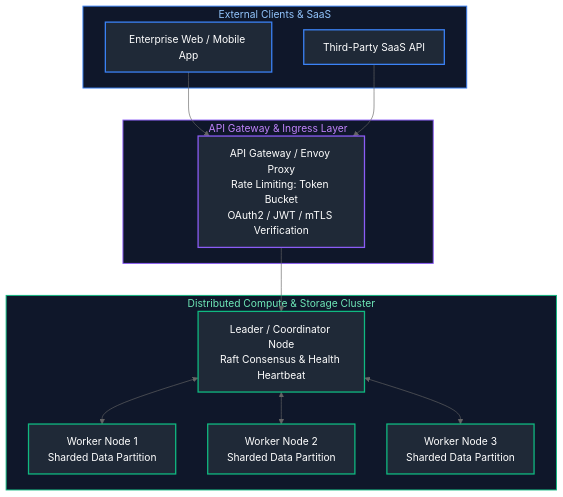
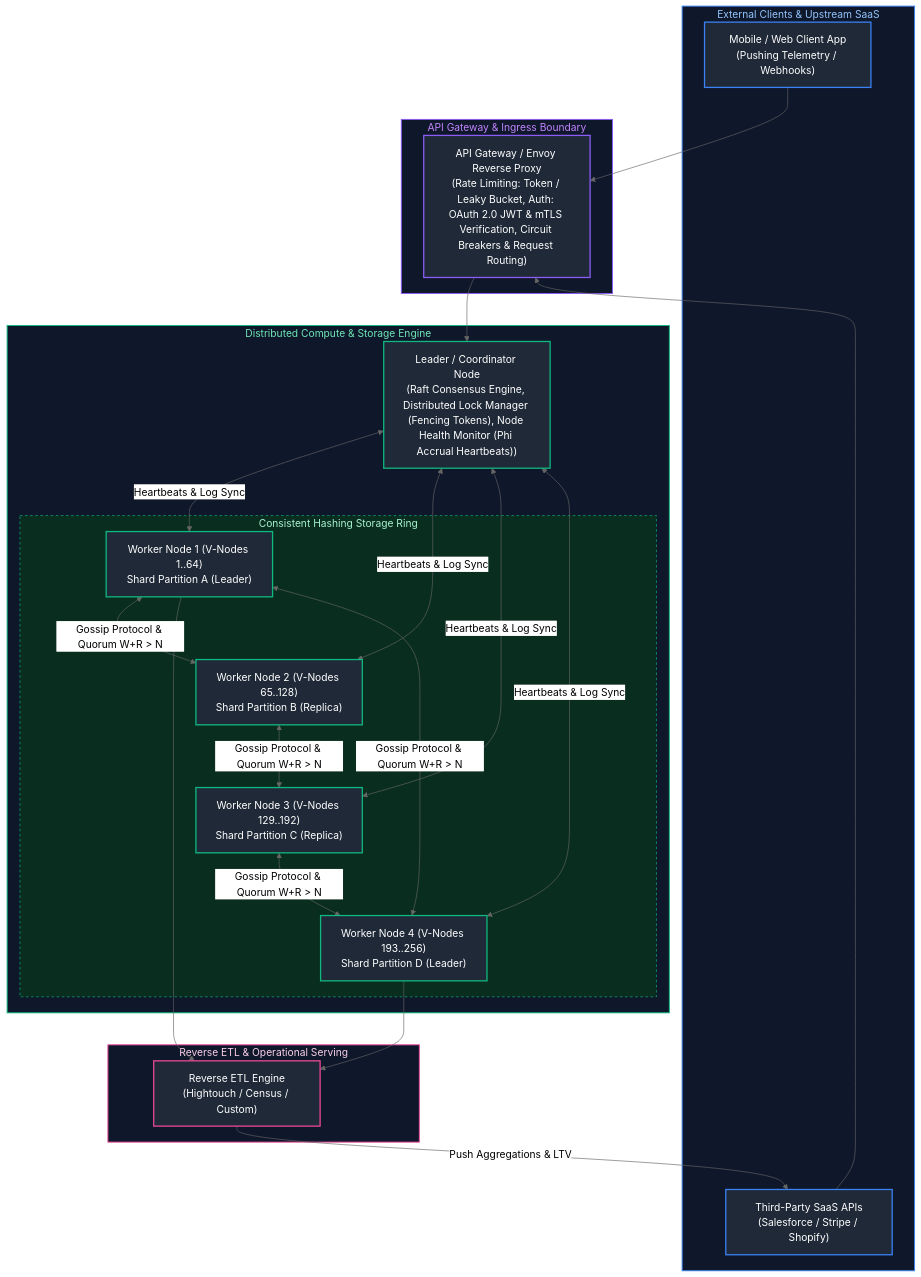
One commit to joydeep-biswas/Interview-Preparation changed the first of 19 diagrams in Data Engineering/05_distributed_systems_and_apis.md. Above: the diagram before and after it, drawn with Mermaid (neutral theme). The commit also changed other lines of this file and 143 other files, not shown here.

````diff
--- a/Data Engineering/05_distributed_systems_and_apis.md
+++ b/Data Engineering/05_distributed_systems_and_apis.md
@@ -9,38 +9,58 @@
 ```mermaid
 flowchart TD
-    subgraph ClientsLayer ["External Clients & SaaS"]
-        ClientApp[Enterprise Web / Mobile App]
-        SaaSSource[Third-Party SaaS API]
+    subgraph ClientsLayer ["External Clients & Upstream SaaS"]
+        ClientApp["Mobile / Web Client App<br/>(Pushing Telemetry / Webhooks)"]
+        SaaSSource["Third-Party SaaS APIs<br/>(Salesforce / Stripe / Shopify)"]
     end
 
-    subgraph GatewayLayer ["API Gateway & Ingress Layer"]
-        Gateway["API Gateway / Envoy Proxy<br/>Rate Limiting: Token Bucket<br/>OAuth2 / JWT / mTLS Verification"]
+    subgraph GatewayLayer ["API Gateway & Ingress Boundary"]
+        Gateway["API Gateway / Envoy Reverse Proxy<br/>(Rate Limiting: Token / Leaky Bucket, Auth: OAuth 2.0 JWT & mTLS Verification, Circuit Breakers & Request Routing)"]
+        ClientApp --> Gateway
+        SaaSSource --> Gateway
     end
 
-    subgraph ClusterLayer ["Distributed Compute & Storage Cluster"]
-        Coordinator["Leader / Coordinator Node<br/>Raft Consensus & Health Heartbeat"]
-        Worker1["Worker Node 1<br/>Sharded Data Partition"]
-        Worker2["Worker Node 2<br/>Sharded Data Partition"]
-        Worker3["Worker Node 3<br/>Sharded Data Partition"]
+    subgraph ClusterLayer ["Distributed Compute & Storage Engine"]
+        Coordinator["Leader / Coordinator Node<br/>(Raft Consensus Engine, Distributed Lock Manager (Fencing Tokens), Node Health Monitor (Phi Accrual Heartbeats))"]
         
-        Coordinator <--> Worker1
-        Coordinator <--> Worker2
-        Coordinator <--> Worker3
+        Gateway --> Coordinator
+        
+        subgraph StorageRing ["Consistent Hashing Storage Ring"]
+            Worker1["Worker Node 1 (V-Nodes 1..64)<br/>Shard Partition A (Leader)"]
+            Worker2["Worker Node 2 (V-Nodes 65..128)<br/>Shard Partition B (Replica)"]
+            Worker3["Worker Node 3 (V-Nodes 129..192)<br/>Shard Partition C (Replica)"]
+            Worker4["Worker Node 4 (V-Nodes 193..256)<br/>Shard Partition D (Leader)"]
+        end
+        
+        Coordinator <-->|Heartbeats & Log Sync| Worker1
+        Coordinator <-->|Heartbeats & Log Sync| Worker2
+        Coordinator <-->|Heartbeats & Log Sync| Worker3
+        Coordinator <-->|Heartbeats & Log Sync| Worker4
+        
+        Worker1 <-->|Gossip Protocol & Quorum W+R > N| Worker2
+        Worker2 <-->|Gossip Protocol & Quorum W+R > N| Worker3
+        Worker3 <-->|Gossip Protocol & Quorum W+R > N| Worker4
+        Worker4 <-->|Gossip Protocol & Quorum W+R > N| Worker1
     end
 
-    ClientApp --> Gateway
-    SaaSSource --> Gateway
-    Gateway --> Coordinator
+    subgraph ReverseETLLayer ["Reverse ETL & Operational Serving"]
+        RevETL["Reverse ETL Engine<br/>(Hightouch / Census / Custom)"]
+        Worker1 & Worker4 --> RevETL
+        RevETL -->|"Push Aggregations & LTV"| SaaSSource
+    end
 
     style ClientsLayer fill:#0f172a,stroke:#3b82f6,stroke-width:1.5px,color:#93c5fd
     style GatewayLayer fill:#0f172a,stroke:#8b5cf6,stroke-width:1.5px,color:#c084fc
     style ClusterLayer fill:#0f172a,stroke:#10b981,stroke-width:1.5px,color:#6ee7b7
+    style StorageRing fill:#092e20,stroke:#10b981,stroke-width:1px,stroke-dasharray: 4 4,color:#a7f3d0
+    style ReverseETLLayer fill:#0f172a,stroke:#ec4899,stroke-width:1.5px,color:#fbcfe8
 
     style ClientApp fill:#1f2937,stroke:#3b82f6,stroke-width:2px,color:#fff
     style SaaSSource fill:#1f2937,stroke:#3b82f6,stroke-width:2px,color:#fff
     style Gateway fill:#1f2937,stroke:#8b5cf6,stroke-width:2px,color:#fff
     style Coordinator fill:#1f2937,stroke:#10b981,stroke-width:2px,color:#fff
     style Worker1 fill:#1f2937,stroke:#10b981,stroke-width:2px,color:#fff
     style Worker2 fill:#1f2937,stroke:#10b981,stroke-width:2px,color:#fff
     style Worker3 fill:#1f2937,stroke:#10b981,stroke-width:2px,color:#fff
+    style Worker4 fill:#1f2937,stroke:#10b981,stroke-width:2px,color:#fff
+    style RevETL fill:#1f2937,stroke:#ec4899,stroke-width:2px,color:#fff
 ```
````
